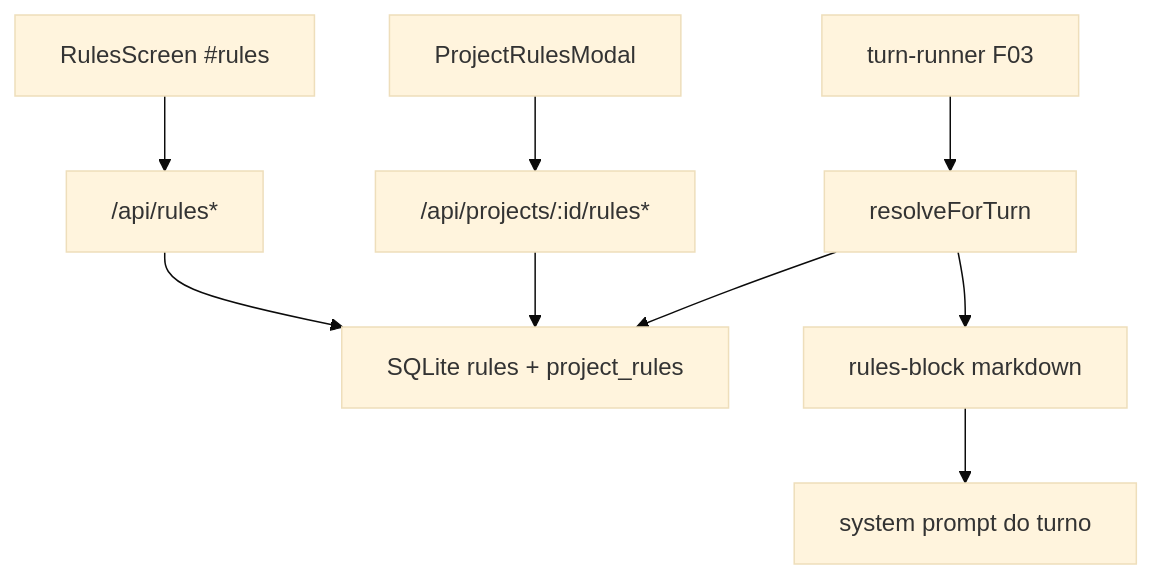
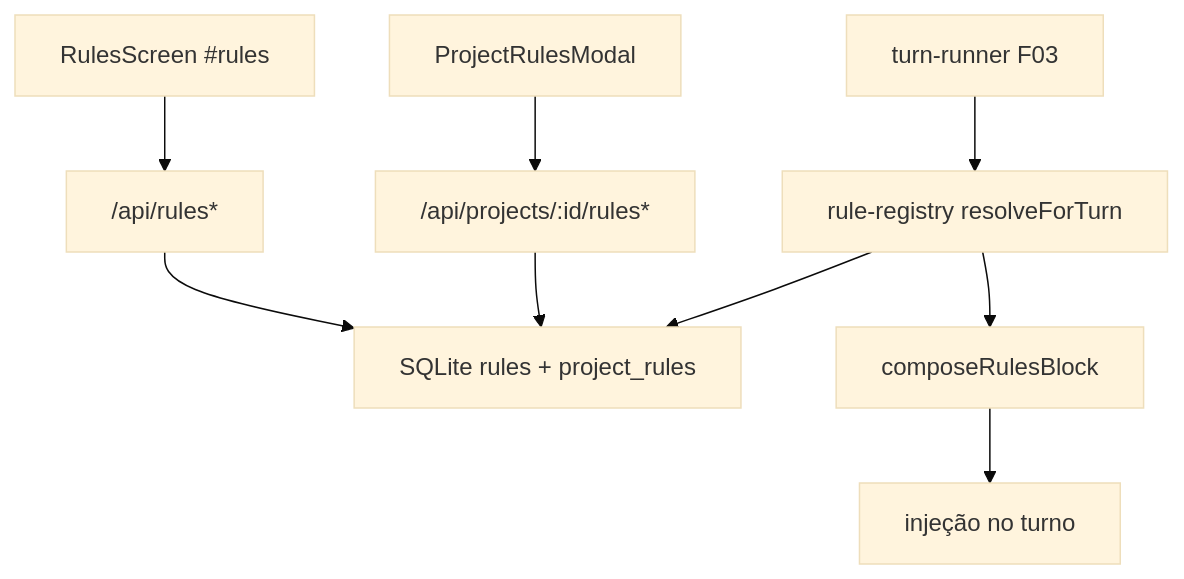
One commit to humbertoluks/engrena-code changed the diagram in docs/F06-rules/spec.md. Above: the diagram before and after it, drawn with Mermaid (base theme). The commit also changed other lines of this file and 17 other files, not shown here.

````diff
--- a/docs/F06-rules/spec.md
+++ b/docs/F06-rules/spec.md
@@ -50,11 +46,11 @@
 ```mermaid
 graph TD
   RulesUI["RulesScreen #rules"] --> Api["/api/rules*"]
-  ProjectModal["ProjectRulesModal"] --> ApiProj["/api/projects/:id/rules*"]
+  LinkUI["ProjectRulesModal"] --> ApiProj["/api/projects/:id/rules*"]
   Api --> Db["SQLite rules + project_rules"]
   ApiProj --> Db
-  Runner["turn-runner F03"] --> Resolve["resolveForTurn"]
-  Resolve --> Db
-  Resolve --> Block["rules-block markdown"]
-  Block --> Prompt["system prompt do turno"]
+  Runner["turn-runner F03"] --> Reg["rule-registry resolveForTurn"]
+  Reg --> Db
+  Reg --> Block["composeRulesBlock"]
+  Block --> Prompt["injeção no turno"]
 ```
````
